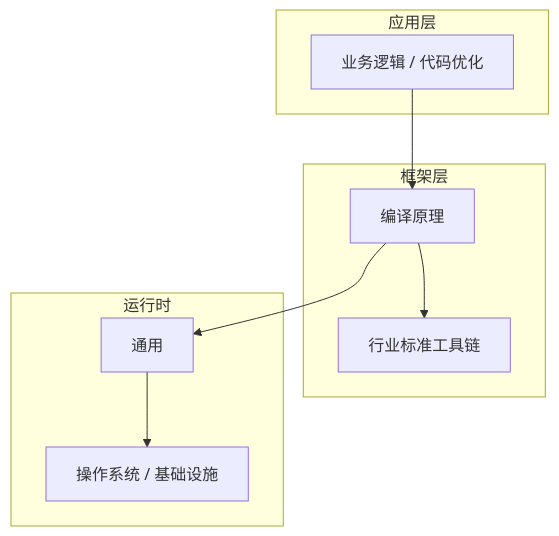
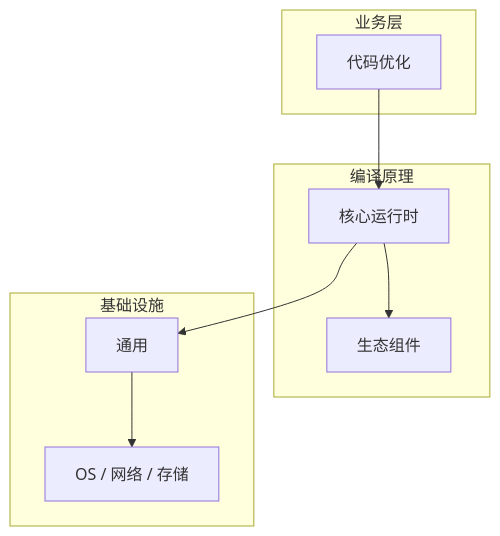
Before and after one commit to yanggan2015/knowledge-json-v2: the diagram in articles/编译原理/chapters/051-代码优化核心概念与原理.md, drawn with Mermaid. The commit also changed other lines of this file and 10127 other files, not shown here.

````diff
--- a/articles/编译原理/chapters/051-代码优化核心概念与原理.md
+++ b/articles/编译原理/chapters/051-代码优化核心概念与原理.md
@@ -45,18 +34,18 @@
 ```mermaid
 graph TB
-    subgraph 应用层
-        A[业务逻辑 / 代码优化]
+    subgraph 业务层
+        A[代码优化]
     end
-    subgraph 框架层
-        B[编译原理]
-        C[行业标准工具链]
+    subgraph 编译原理
+        B[核心运行时]
+        C[生态组件]
     end
-    subgraph 运行时
+    subgraph 基础设施
         D[通用]
-        E[操作系统 / 基础设施]
+        E[OS / 网络 / 存储]
     end
     A --> B
     B --> C
     B --> D
     D --> E
 ```
````
